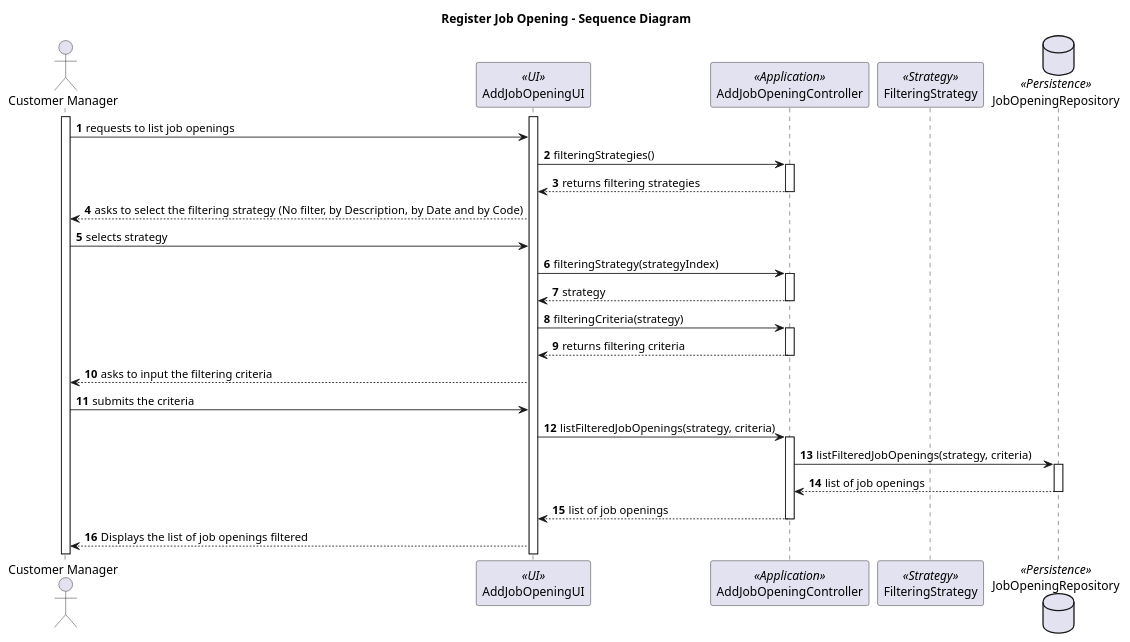
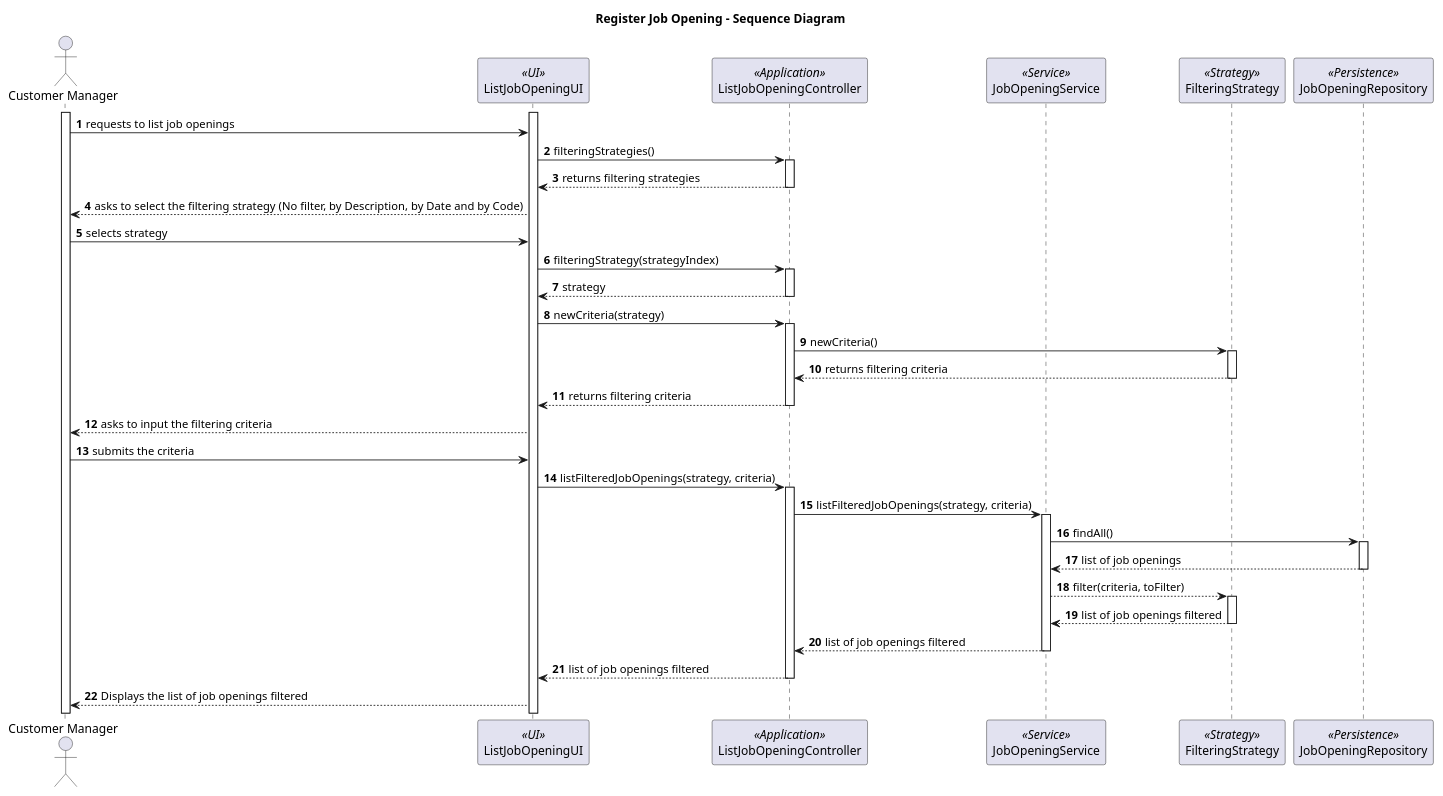
Before and after one commit to marcoferreira37/Lapr4: the diagram in docs/sprintB/1003/1003-sequence-diagram.puml, drawn with PlantUML. The commit also changed 10 other files, not shown here.

Commit message:
#17 [1003] Update of the Sequence Diagram Small updates of the classes related to ListJobOpening

```diff
--- a/docs/sprintB/1003/1003-sequence-diagram.puml
+++ b/docs/sprintB/1003/1003-sequence-diagram.puml
@@ -1,71 +1,103 @@
 @startuml
 
 title Register Job Opening - Sequence Diagram
 
 autonumber
 actor "Customer Manager" as M
-participant AddJobOpeningUI  as UI <<UI>>
-participant AddJobOpeningController as Controller <<Application>>
+participant ListJobOpeningUI  as UI <<UI>>
+participant ListJobOpeningController as Controller <<Application>>
+participant JobOpeningService as JService <<Service>>
 participant FilteringStrategy as FS <<Strategy>>
-database JobOpeningRepository as JRepo <<Persistence>>
+participant JobOpeningRepository as JRepo <<Persistence>>
 
 activate M
 activate UI
 
 M -> UI : requests to list job openings
 
 UI -> Controller : filteringStrategies()
 
 activate Controller
 
 Controller --> UI : returns filtering strategies
 
 deactivate Controller
 
-
 UI --> M :  asks to select the filtering strategy (No filter, by Description, by Date and by Code)
 
 M -> UI : selects strategy
 
 UI -> Controller : filteringStrategy(strategyIndex)
 
 activate Controller
 
 Controller --> UI : strategy
 
 deactivate Controller
 
-UI -> Controller : filteringCriteria(strategy)
+UI -> Controller : newCriteria(strategy)
 
 activate Controller
 
+Controller -> FS : newCriteria()
+
+activate FS
+
+FS --> Controller : returns filtering criteria
+
+
+
+deactivate FS
+
 Controller --> UI : returns filtering criteria
+
 
 deactivate Controller
 
 UI --> M : asks to input the filtering criteria
 
 M -> UI : submits the criteria
 
 UI -> Controller : listFilteredJobOpenings(strategy, criteria)
 
 activate Controller
 
-Controller -> JRepo : listFilteredJobOpenings(strategy, criteria)
+Controller -> JService : listFilteredJobOpenings(strategy, criteria)
+
+activate JService
+
+JService -> JRepo : findAll()
 
 activate JRepo
 
-JRepo --> Controller : list of job openings
+JRepo --> JService : list of job openings
 
 deactivate JRepo
 
-Controller --> UI : list of job openings
+JService --> FS : filter(criteria, toFilter)
+
+activate FS
+
+FS --> JService : list of job openings filtered
+
+deactivate FS
+
+
+JService --> Controller : list of job openings filtered
+
+deactivate JService
+
+
+
+deactivate JRepo
+
+Controller --> UI : list of job openings filtered
 
 deactivate Controller
 
 UI --> M : Displays the list of job openings filtered
 
 
 
 
 @enduml
```
